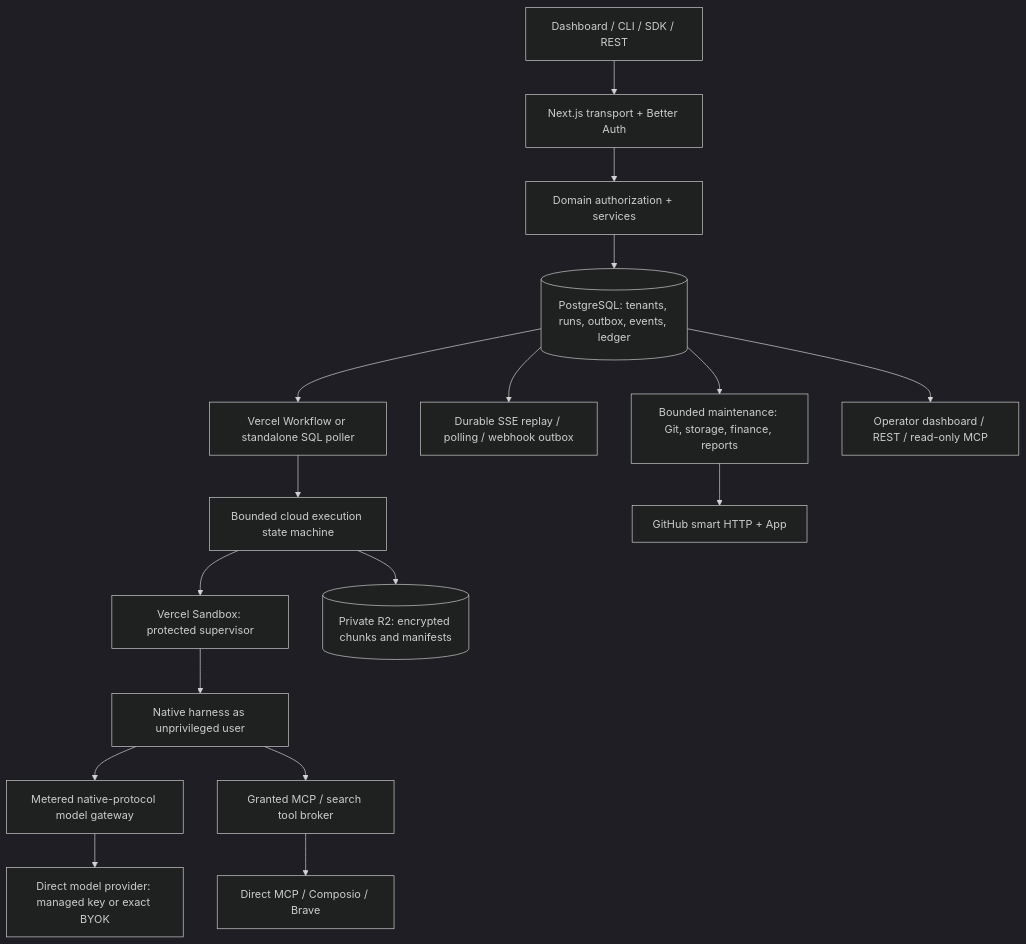
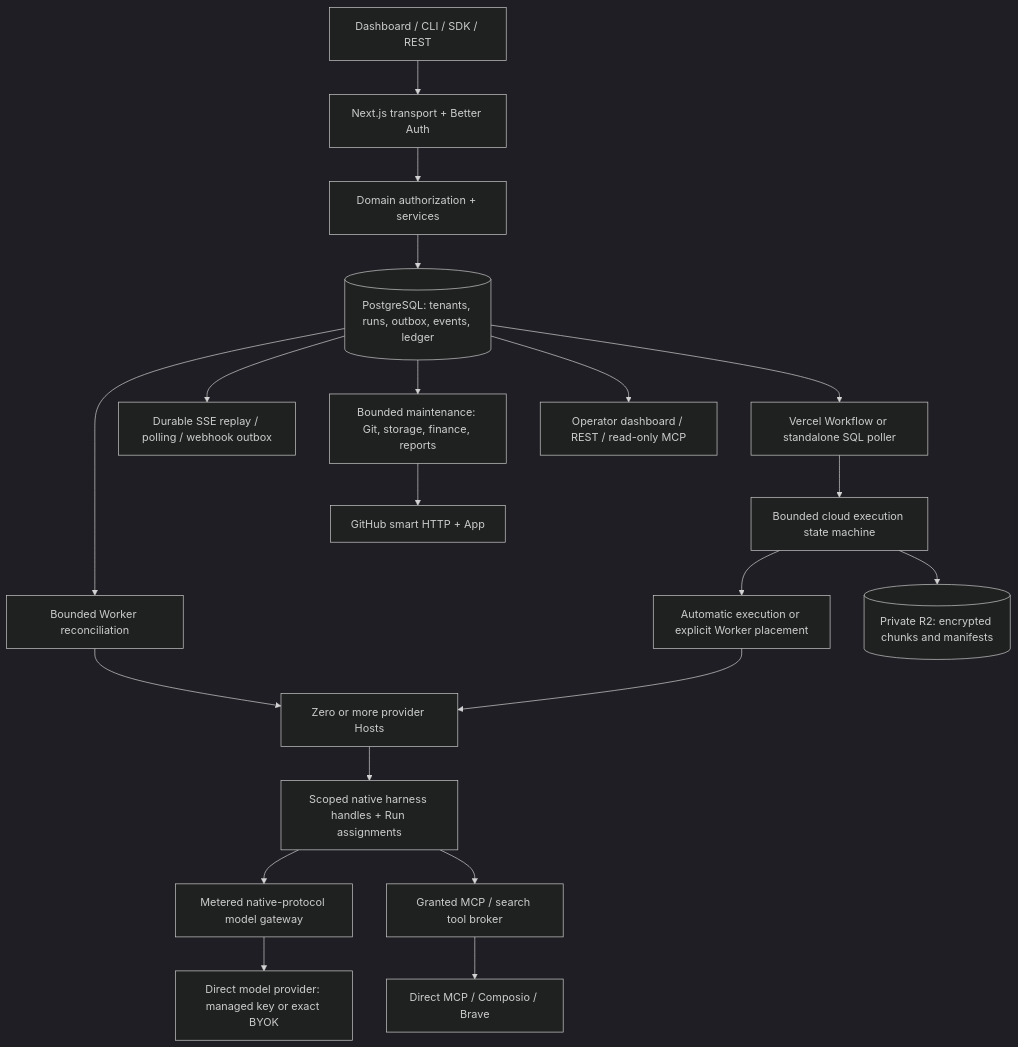
Before and after one commit to Macrofold/Macrofold: the diagram in docs/architecture/README.md, drawn with Mermaid (dark theme). The commit also changed other lines of this file and 3 other files, not shown here.

Commit message:
Align architecture overview, decisions and code ownership with the Worker cutover

````diff
--- a/docs/architecture/README.md
+++ b/docs/architecture/README.md
@@ -31,19 +31,22 @@
 ```mermaid
 flowchart TD
   C[Dashboard / CLI / SDK / REST] --> A[Next.js transport + Better Auth]
   A --> D[Domain authorization + services]
   D --> PG[(PostgreSQL: tenants, runs, outbox, events, ledger)]
   PG --> W[Vercel Workflow or standalone SQL poller]
   W --> E[Bounded cloud execution state machine]
-  E --> VM[Vercel Sandbox: protected supervisor]
-  VM --> H[Native harness as unprivileged user]
+  E --> P[Automatic execution or explicit Worker placement]
+  PG --> R[Bounded Worker reconciliation]
+  R --> HOST[Zero or more provider Hosts]
+  P --> HOST
+  HOST --> H[Scoped native harness handles + Run assignments]
   H --> MG[Metered native-protocol model gateway]
   MG --> MP[Direct model provider: managed key or exact BYOK]
   H --> TB[Granted MCP / search tool broker]
   TB --> EXT[Direct MCP / Composio / Brave]
   E --> OS[(Private R2: encrypted chunks and manifests)]
   PG --> SSE[Durable SSE replay / polling / webhook outbox]
   PG --> M[Bounded maintenance: Git, storage, finance, reports]
   M --> GH[GitHub smart HTTP + App]
   PG --> OP[Operator dashboard / REST / read-only MCP]
 ```
````
